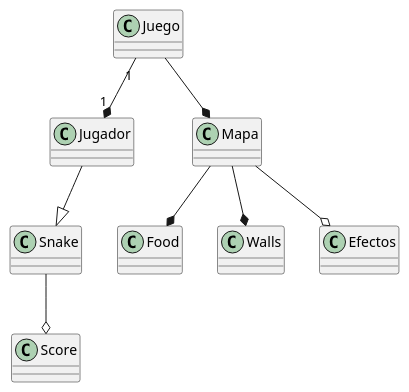
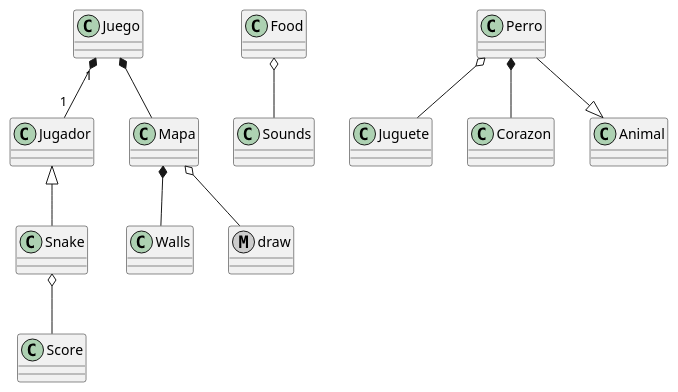
One commit to EduardoGar0710/SnakeGame2D changed the diagram in docs/snake.puml. Above: the diagram before and after it, drawn with PlantUML. The commit also changed 9 other files, not shown here.

Commit message:
Creacion de UML

```diff
--- a/docs/snake.puml
+++ b/docs/snake.puml
@@ -1,21 +1,39 @@
 @startuml SnakeGame
 class Juego
 class Jugador 
 class Snake
 class Mapa
 class Food
 Class Score
 class Walls
-class Efectos
+class Sounds
 
-Juego "1" --* "1" Jugador
-Jugador --|> Snake
 
-Juego --* Mapa
-Mapa --* Walls
-Mapa --* Food
-Mapa --o Efectos
+Metaclass draw
 
-Snake --o Score
+Juego "1" *-- "1" Jugador
+Jugador <|--Snake
+
+
+
+
+Juego *-- Mapa
+Mapa *-- Walls
+Mapa o-- draw
+
+Snake o-- Score
+
+Food o-- Sounds
+
+
+class Perro
+class Juguete
+class Corazon
+class Animal
+
+Perro --|> Animal
+Perro o-- Juguete
+Perro *-- Corazon
+
 
 @enduml
```
